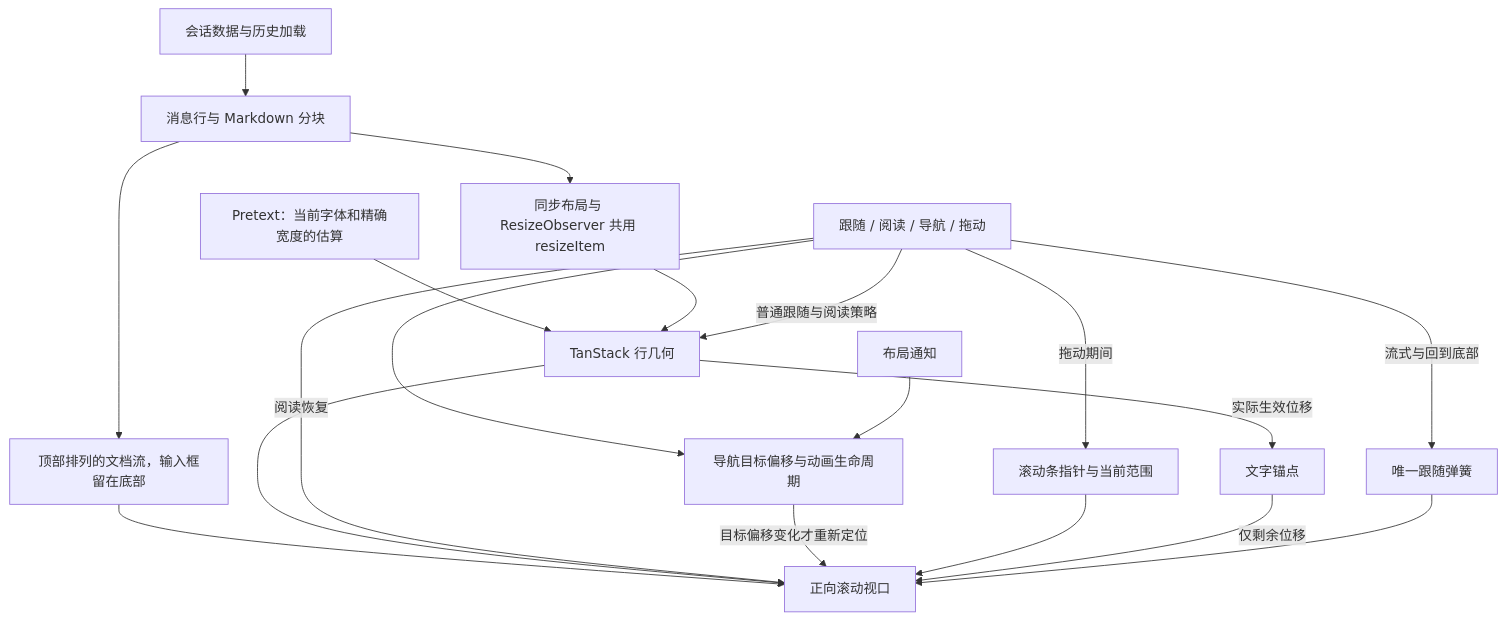
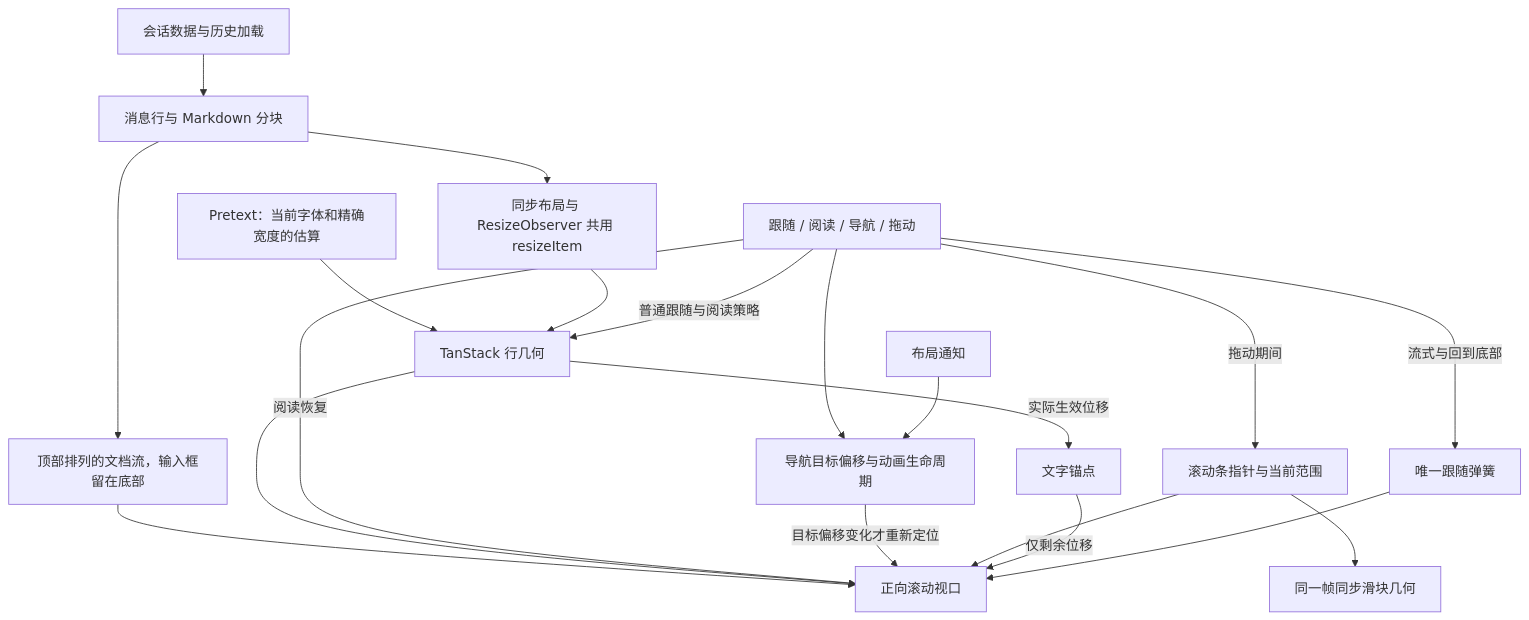
One commit to wecode-ai/Wegent changed the diagram in docs/zh/wegent/developer-guide/wework-message-scroll.md. Above: the diagram before and after it, drawn with Mermaid. The commit also changed other lines of this file and 6 other files, not shown here.

````diff
--- a/docs/zh/wegent/developer-guide/wework-message-scroll.md
+++ b/docs/zh/wegent/developer-guide/wework-message-scroll.md
@@ -9,21 +9,22 @@
 ```mermaid
 flowchart TD
   Messages[会话数据与历史加载] --> Rows[消息行与 Markdown 分块]
   Rows --> Flow[顶部排列的文档流，输入框留在底部]
   Flow --> Viewport
   Pretext[Pretext：当前字体和精确宽度的估算] --> Engine[TanStack 行几何]
   Rows --> Measure[同步布局与 ResizeObserver 共用 resizeItem]
   Measure --> Engine
   Engine --> Viewport[正向滚动视口]
   Controller[跟随 / 阅读 / 导航 / 拖动] -->|普通跟随与阅读策略| Engine
   Controller -->|阅读恢复| Viewport
   Controller --> Navigation[导航目标偏移与动画生命周期]
   Layout[布局通知] --> Navigation
   Navigation -->|目标偏移变化才重新定位| Viewport
   Controller -->|流式与回到底部| Spring[唯一跟随弹簧]
   Controller -->|拖动期间| Pointer[滚动条指针与当前范围]
   Pointer --> Viewport
+  Pointer --> Thumb[同一帧同步滑块几何]
   Engine -->|实际生效位移| TextAnchor[文字锚点]
   TextAnchor -->|仅剩余位移| Viewport
   Spring --> Viewport
 ```
````
